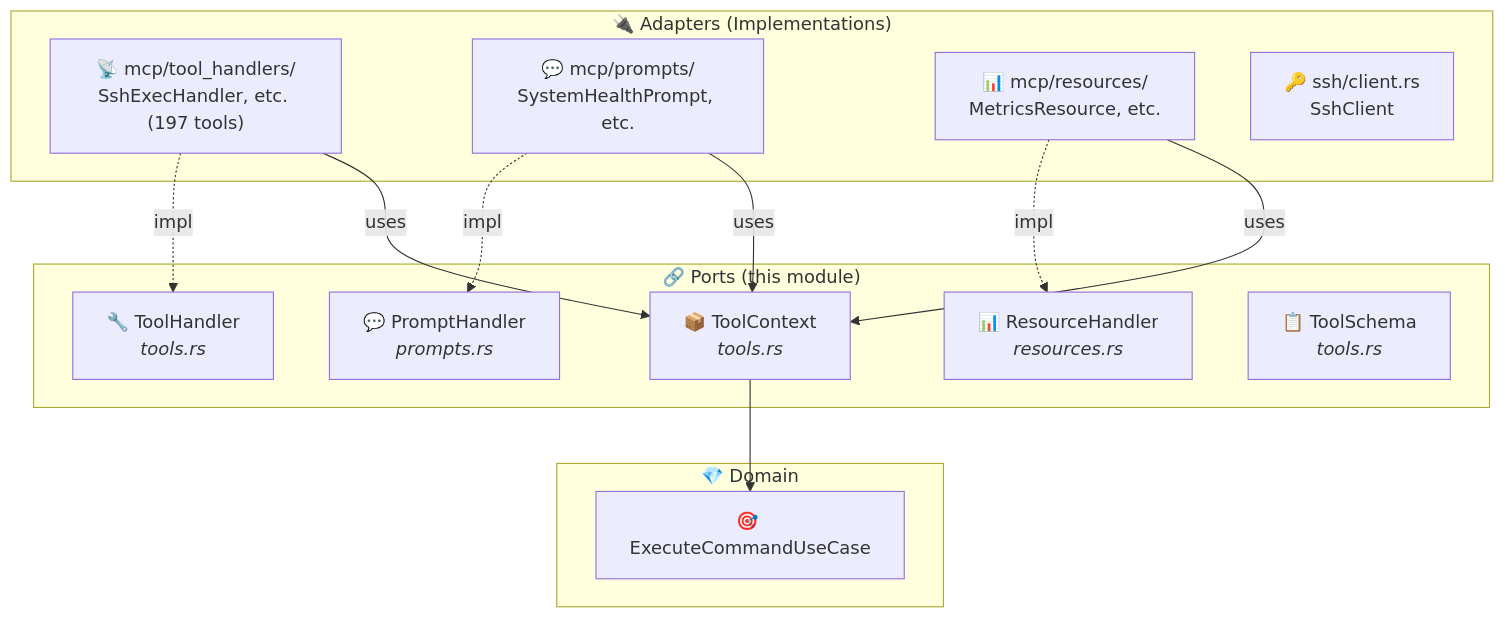
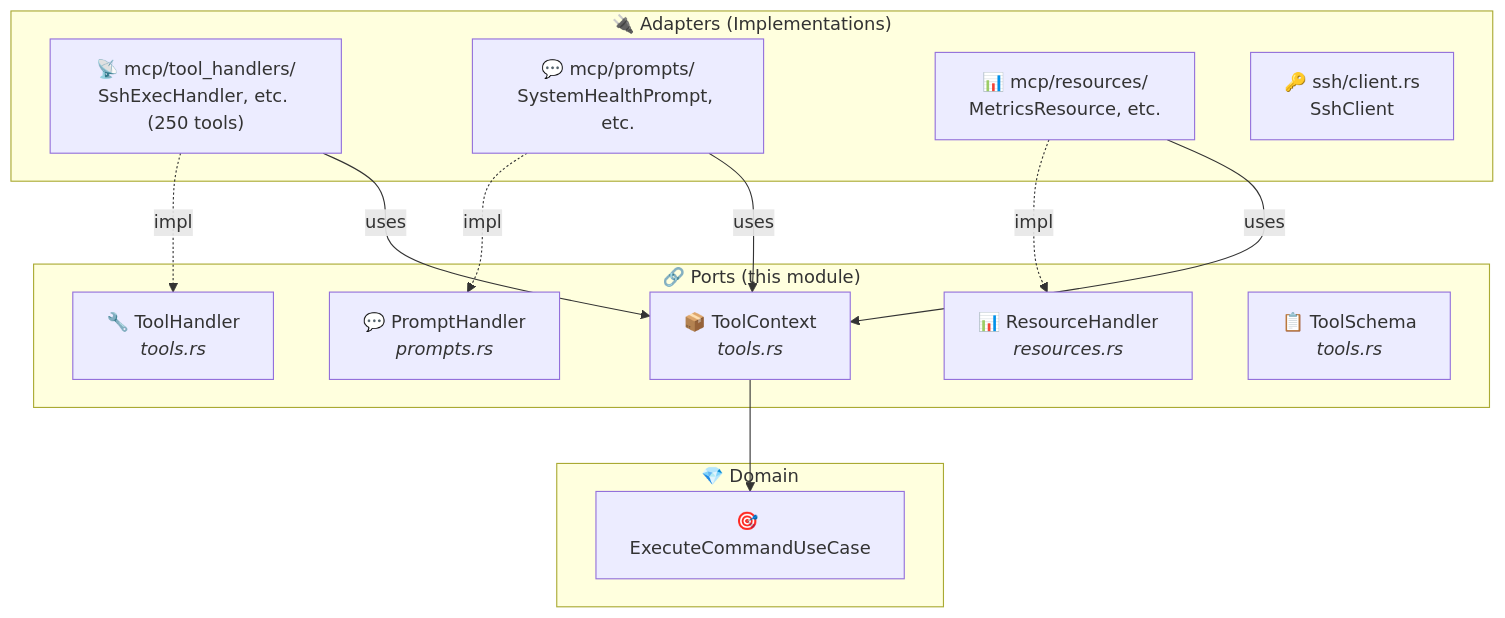
One commit to muchiny/mcp-ssh-bridge changed the first of 5 diagrams in src/ports/README.md. Above: the diagram before and after it, drawn with Mermaid. The commit also changed other lines of this file and 10 other files, not shown here.

````diff
--- a/src/ports/README.md
+++ b/src/ports/README.md
@@ -20,29 +20,29 @@
 ```mermaid
 graph TB
     subgraph Adapters["🔌 Adapters (Implementations)"]
-        MCP["📡 mcp/tool_handlers/<br/>SshExecHandler, etc. (197 tools)"]
+        MCP["📡 mcp/tool_handlers/<br/>SshExecHandler, etc. (250 tools)"]
         PROMPTS["💬 mcp/prompts/<br/>SystemHealthPrompt, etc."]
         RESOURCES["📊 mcp/resources/<br/>MetricsResource, etc."]
         SSH["🔑 ssh/client.rs<br/>SshClient"]
     end
 
     subgraph Ports["🔗 Ports (this module)"]
         TH["🔧 ToolHandler<br/><i>tools.rs</i>"]
         PH["💬 PromptHandler<br/><i>prompts.rs</i>"]
         RH["📊 ResourceHandler<br/><i>resources.rs</i>"]
         TC["📦 ToolContext<br/><i>tools.rs</i>"]
         TS["📋 ToolSchema<br/><i>tools.rs</i>"]
     end
 
     subgraph Domain["💎 Domain"]
         UC["🎯 ExecuteCommandUseCase"]
     end
 
     MCP -.->|"impl"| TH
     PROMPTS -.->|"impl"| PH
     RESOURCES -.->|"impl"| RH
     MCP -->|"uses"| TC
     PROMPTS -->|"uses"| TC
     RESOURCES -->|"uses"| TC
     TC --> UC
 ```
````
